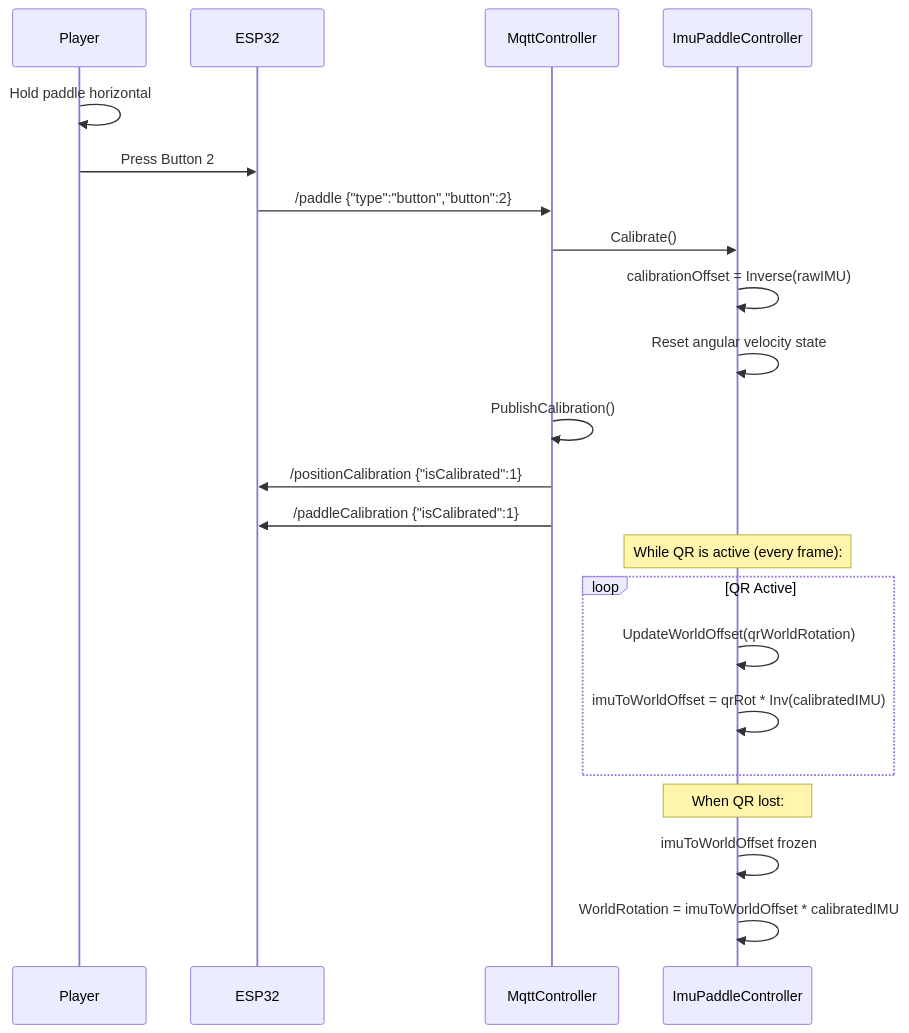
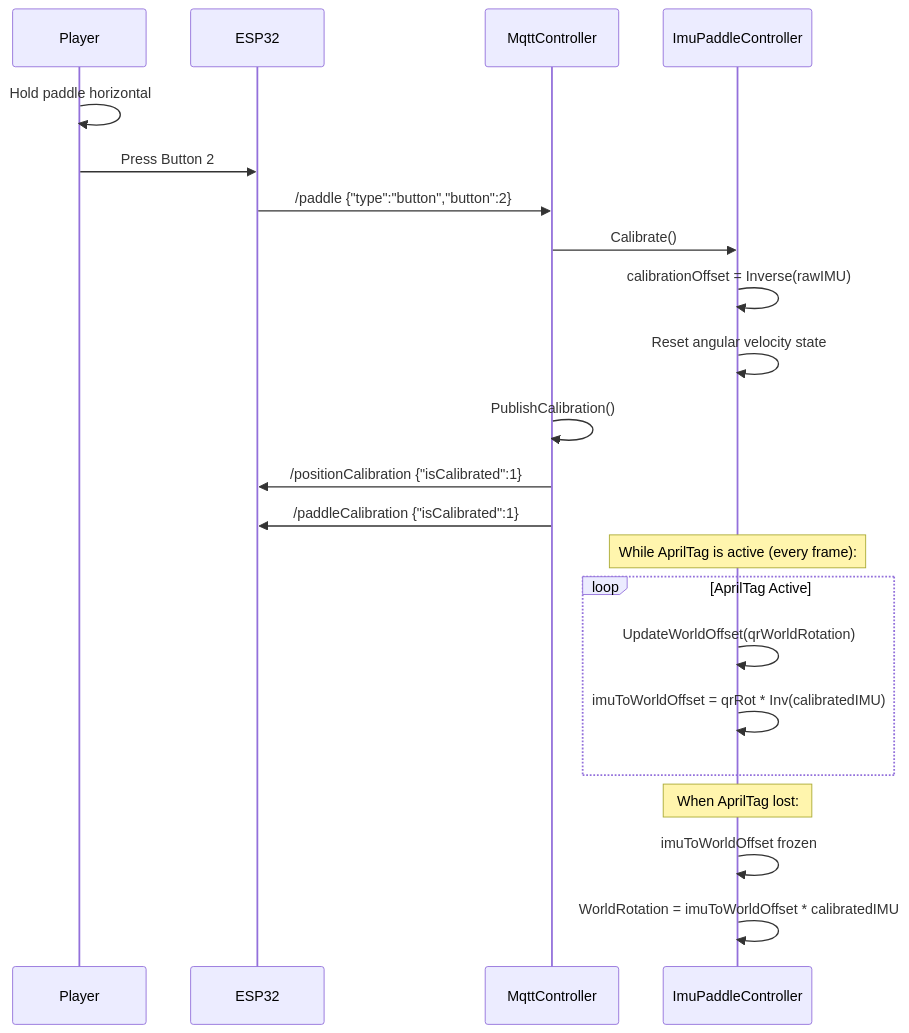
Before and after one commit to CG4002-AY2526S2-B03/Capstone_AR_Pickleball_Gameplay: the sixth of 11 diagrams in Docs/UML_Diagrams.md, drawn with Mermaid. The commit also changed other lines of this file and 16 other files, not shown here.

First line of the commit message:
Rename QR references to AprilTag across project

````diff
--- a/Docs/UML_Diagrams.md
+++ b/Docs/UML_Diagrams.md
@@ -354,27 +354,27 @@
 ```mermaid
 sequenceDiagram
     participant Player
     participant ESP as ESP32
     participant MQTT as MqttController
     participant IMU as ImuPaddleController
 
     Player->>Player: Hold paddle horizontal
     Player->>ESP: Press Button 2
     ESP->>MQTT: /paddle {"type":"button","button":2}
     MQTT->>IMU: Calibrate()
     IMU->>IMU: calibrationOffset = Inverse(rawIMU)
     IMU->>IMU: Reset angular velocity state
     MQTT->>MQTT: PublishCalibration()
     MQTT->>ESP: /positionCalibration {"isCalibrated":1}
     MQTT->>ESP: /paddleCalibration {"isCalibrated":1}
 
-    Note over IMU: While QR is active (every frame):
-    loop QR Active
+    Note over IMU: While AprilTag is active (every frame):
+    loop AprilTag Active
         IMU->>IMU: UpdateWorldOffset(qrWorldRotation)
         IMU->>IMU: imuToWorldOffset = qrRot * Inv(calibratedIMU)
     end
 
-    Note over IMU: When QR lost:
+    Note over IMU: When AprilTag lost:
     IMU->>IMU: imuToWorldOffset frozen
     IMU->>IMU: WorldRotation = imuToWorldOffset * calibratedIMU
 ```
````
